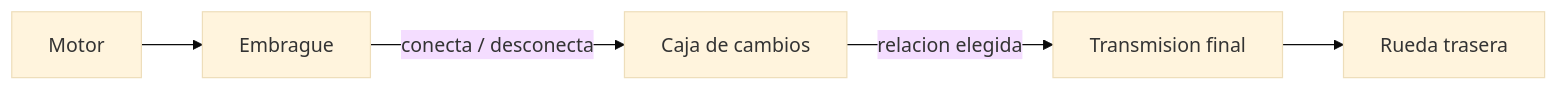
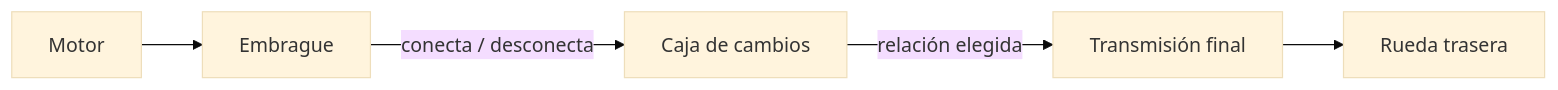
Before and after one commit to vladimiracunadev-create/machine-operator-program: the third of 4 diagrams in vehiculos/motos/operacion/sistemas-mecanicos-moto.md, drawn with Mermaid (base theme). The commit also changed other lines of this file and 442 other files, not shown here.

````diff
--- a/vehiculos/motos/operacion/sistemas-mecanicos-moto.md
+++ b/vehiculos/motos/operacion/sistemas-mecanicos-moto.md
@@ -76,7 +76,7 @@
 ```mermaid
 flowchart LR
     Motor --> Embrague
     Embrague -->|conecta / desconecta| Caja[Caja de cambios]
-    Caja -->|relacion elegida| Final[Transmision final]
+    Caja -->|relación elegida| Final[Transmisión final]
     Final --> Rueda[Rueda trasera]
 ```
````
